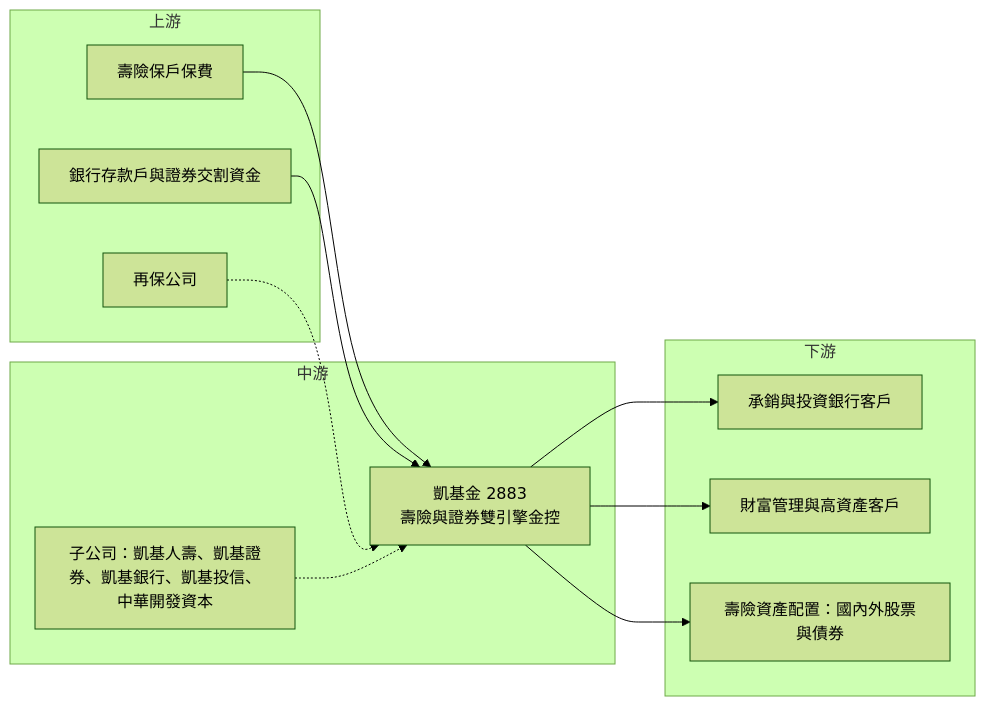
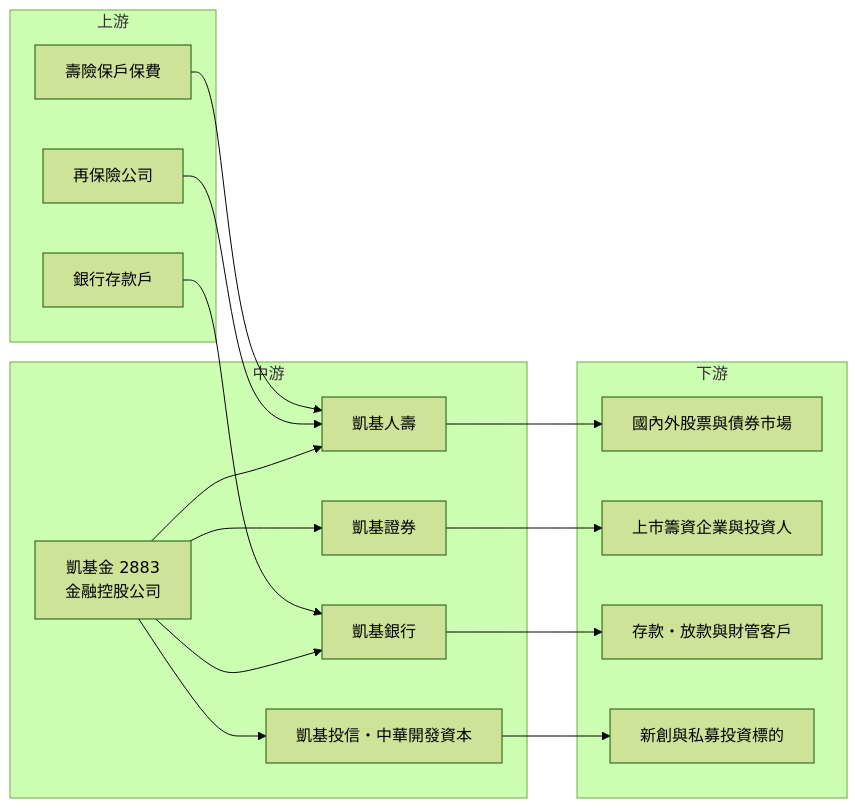
One commit to wangnick1004/taiwan-stock-vault changed the fourth of 4 diagrams in 個股/台股/2883凱基金.md. Above: the diagram before and after it, drawn with Mermaid (forest theme). The commit also changed other lines of this file and 8 other files, not shown here.

````diff
--- a/個股/台股/2883凱基金.md
+++ b/個股/台股/2883凱基金.md
@@ -209,24 +218,32 @@
 ```mermaid
 flowchart LR
     subgraph 上游
         A1[壽險保戶保費]
-        A2[銀行存款戶與證券交割資金]
-        A3[再保公司]
+        A2[銀行存款戶]
+        A3[再保險公司]
     end
     subgraph 中游
-        B[凱基金 2883<br/>壽險與證券雙引擎金控]
-        B2[子公司：凱基人壽、凱基證券、凱基銀行、凱基投信、中華開發資本]
+        B[凱基金 2883<br/>金融控股公司]
+        B1[凱基人壽]
+        B2[凱基證券]
+        B3[凱基銀行]
+        B4[凱基投信・中華開發資本]
     end
     subgraph 下游
-        C1[承銷與投資銀行客戶]
-        C2[財富管理與高資產客戶]
-        C3[壽險資產配置：國內外股票與債券]
+        C1[國內外股票與債券市場]
+        C2[上市籌資企業與投資人]
+        C3[存款・放款與財管客戶]
+        C4[新創與私募投資標的]
     end
-    A1 --> B
-    A2 --> B
-    A3 -.-> B
-    B2 -.-> B
-    B --> C1
-    B --> C2
-    B --> C3
+    A1 --> B1
+    A2 --> B3
+    A3 --> B1
+    B --> B1
+    B --> B2
+    B --> B3
+    B --> B4
+    B1 --> C1
+    B2 --> C2
+    B3 --> C3
+    B4 --> C4
 ```
````
